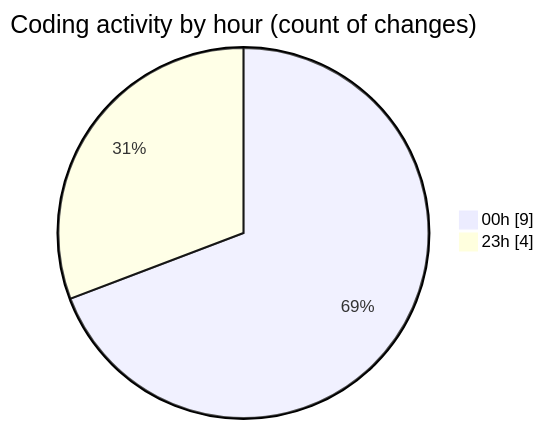
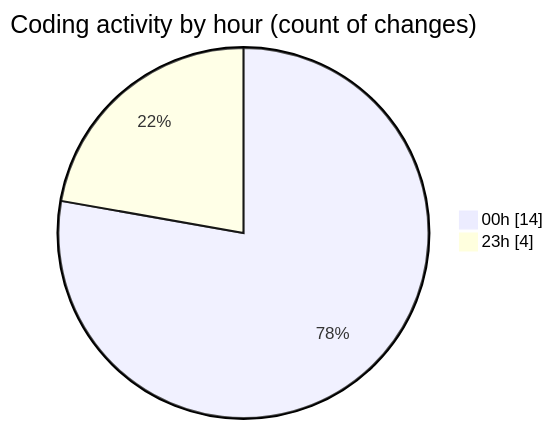
One commit to julien-gomy/code-tracking changed the second of 2 diagrams in 2025-11-23/eventscop-frontend-guide__workspace_/README.md. Above: the diagram before and after it, drawn with Mermaid. The commit also changed other lines of this file and 1 other file, not shown here.

````diff
--- a/2025-11-23/eventscop-frontend-guide__workspace_/README.md
+++ b/2025-11-23/eventscop-frontend-guide__workspace_/README.md
@@ -34,6 +34,6 @@
 ```mermaid
 pie showData
 title Coding activity by hour (count of changes)
-"00h" : 9
+"00h" : 14
 "23h" : 4
 ```
````
